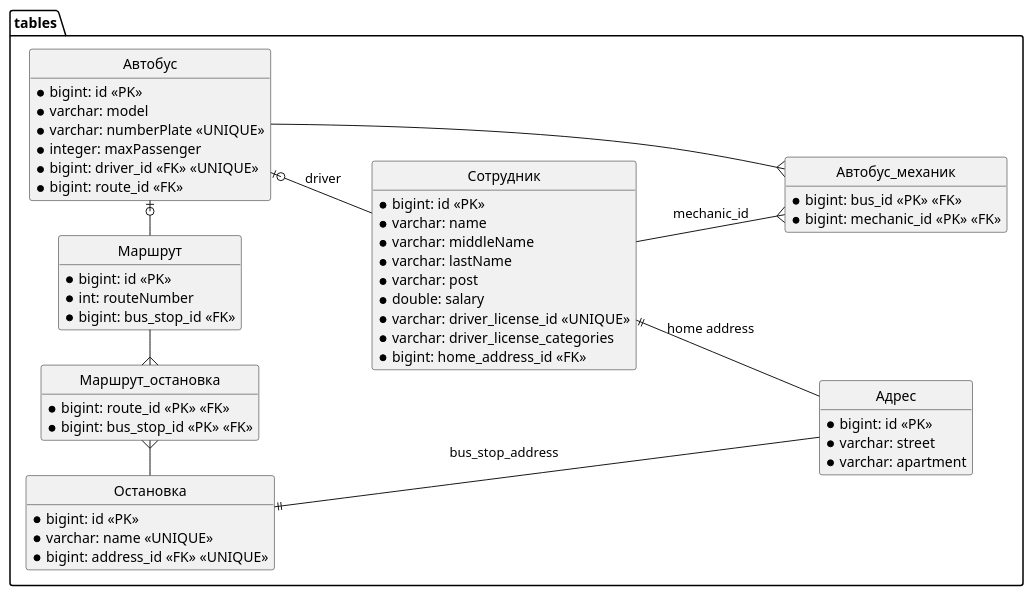
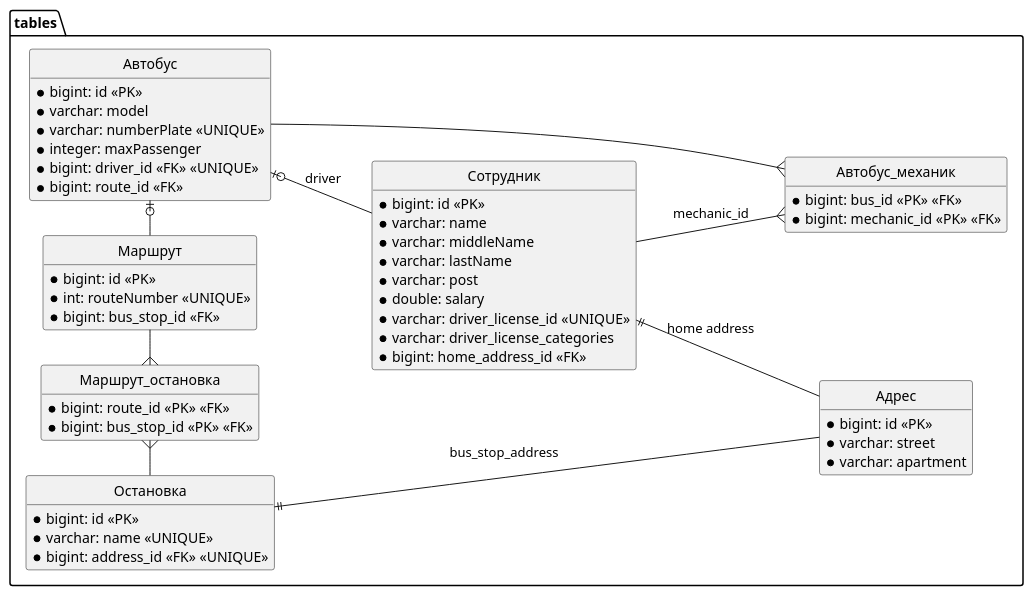
The diagram in docs/TableDiagram.puml (itolstov09/bus-park), drawn with PlantUML before and after one commit.

Commit message:
docs: update table diagram

```diff
--- a/docs/TableDiagram.puml
+++ b/docs/TableDiagram.puml
@@ -1,81 +1,81 @@
 @startuml
 'https://plantuml.com/class-diagram
 
 'top to bottom direction
 left to right direction
 
 
 package tables {
 
     hide empty member
     hide circle
 
 
 
     entity "Адрес" as address {
         * bigint: id <<PK>>
         * varchar: street
         * varchar: apartment
     }
 
     entity "Автобус" as bus {
         * bigint: id <<PK>>
         * varchar: model
         * varchar: numberPlate <<UNIQUE>>
         * integer: maxPassenger
         * bigint: driver_id <<FK>> <<UNIQUE>>
         * bigint: route_id <<FK>>
     }
 
     entity "Сотрудник" as employee {
         * bigint: id <<PK>>
         * varchar: name
         * varchar: middleName
         * varchar: lastName
         * varchar: post
         * double: salary
         * varchar: driver_license_id <<UNIQUE>>
         * varchar: driver_license_categories
         * bigint: home_address_id <<FK>>
     }
 
     employee ||-- address: "home address"
 
 
     bus  |o-- employee: driver
 
     entity "Автобус_механик" as bus_mechanic {
         * bigint: bus_id <<PK>> <<FK>>
         * bigint: mechanic_id <<PK>> <<FK>>
     }
 
     bus_mechanic }-- bus
     employee --{ bus_mechanic: mechanic_id
 
 
 
     entity "Остановка" as busstop {
         * bigint: id <<PK>>
         * varchar: name <<UNIQUE>>
         * bigint: address_id <<FK>> <<UNIQUE>>
     }
 
     busstop ||- address: bus_stop_address
 
     entity "Маршрут" as route {
         * bigint: id <<PK>>
-        * int: routeNumber
+        * int: routeNumber <<UNIQUE>>
         * bigint: bus_stop_id <<FK>>
     }
     route  -o|  bus
 
     entity "Маршрут_остановка" as route_busstop {
         * bigint: route_id <<PK>> <<FK>>
         * bigint: bus_stop_id <<PK>> <<FK>>
 
     }
     route_busstop }- route
     busstop -{ route_busstop
 
 }
 @enduml
```
